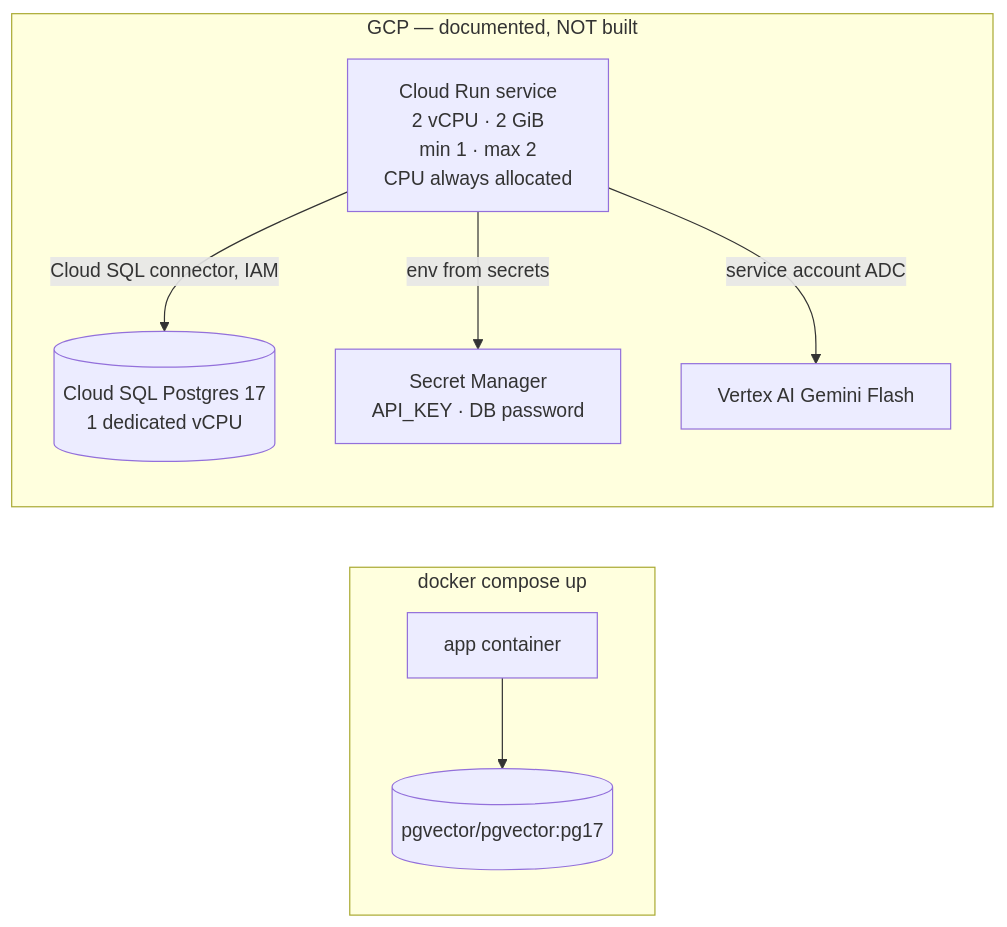
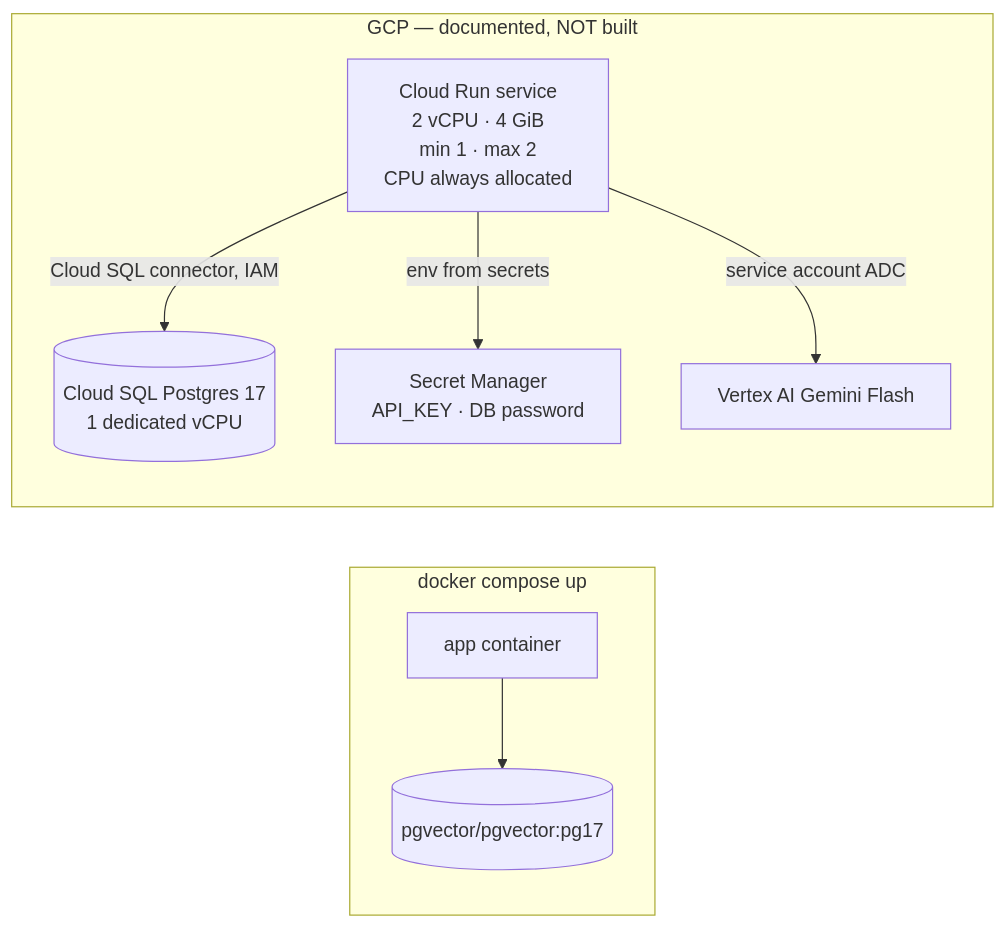
Before and after one commit to TsybulskyStepan/unified-search: the second of 5 diagrams in docs/system-design.md, drawn with Mermaid. The commit also changed other lines of this file and 17 other files, not shown here.

````diff
--- a/docs/system-design.md
+++ b/docs/system-design.md
@@ -166,16 +166,16 @@
 ```mermaid
 flowchart LR
     subgraph Local["docker compose up"]
         A1[app container] --> P1[(pgvector/pgvector:pg17)]
     end
 
     subgraph GCP["GCP — documented, NOT built"]
-        CR[Cloud Run service<br/>2 vCPU · 2 GiB<br/>min 1 · max 2<br/>CPU always allocated]
+        CR[Cloud Run service<br/>2 vCPU · 4 GiB<br/>min 1 · max 2<br/>CPU always allocated]
         CS[(Cloud SQL Postgres 17<br/>1 dedicated vCPU)]
         SM[Secret Manager<br/>API_KEY · DB password]
         VA[Vertex AI Gemini Flash]
         CR -->|Cloud SQL connector, IAM| CS
         CR -->|env from secrets| SM
         CR -->|service account ADC| VA
     end
 ```
````
